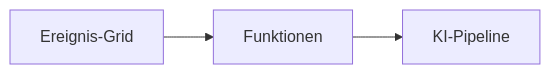
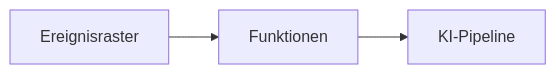
Before and after one commit to microsoft/AZD-for-beginners: the second of 2 diagrams in translations/de/docs/chapter-08-production/README.md, drawn with Mermaid. The commit also changed other lines of this file and 59 other files, not shown here.

````diff
--- a/translations/de/docs/chapter-08-production/README.md
+++ b/translations/de/docs/chapter-08-production/README.md
@@ -57,4 +57,4 @@
 ```mermaid
 graph LR
-    EventGrid[Ereignis-Grid] --> Functions[Funktionen] --> Pipeline[KI-Pipeline]
+    EventGrid[Ereignisraster] --> Functions[Funktionen] --> Pipeline[KI-Pipeline]
 ```
````
